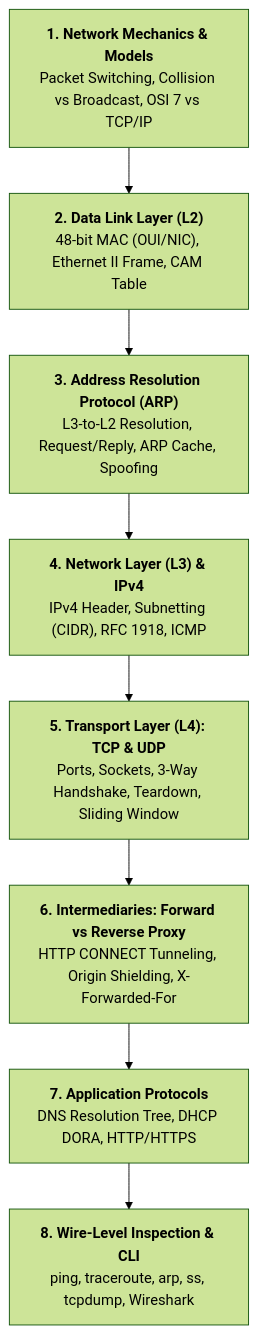
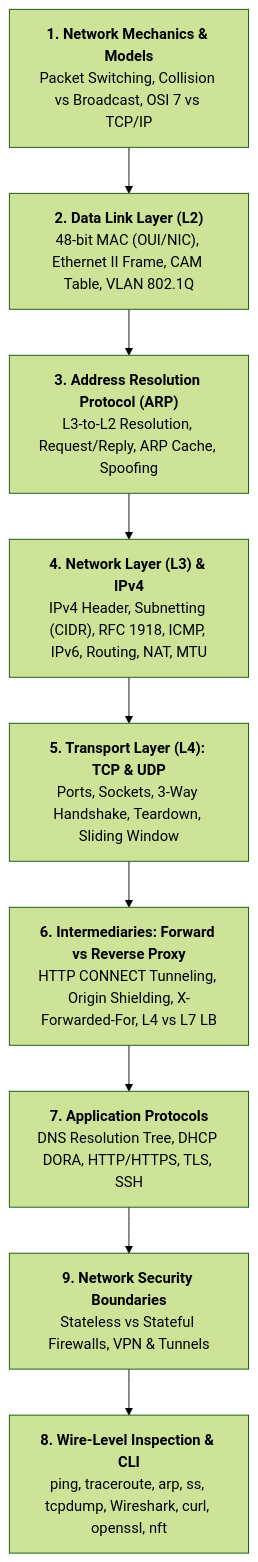
Before and after one commit to HelloMinh2122005/SelfLearn: the first of 5 diagrams in cloud_devops_basic/network/README.md, drawn with Mermaid (forest theme). The commit also changed other lines of this file and 148 other files, not shown here.

````diff
--- a/cloud_devops_basic/network/README.md
+++ b/cloud_devops_basic/network/README.md
@@ -11,10 +11,11 @@
 ```mermaid
 flowchart TD
-    M1["<b>1. Network Mechanics & Models</b><br/>Packet Switching, Collision vs Broadcast, OSI 7 vs TCP/IP"] --> M2["<b>2. Data Link Layer (L2)</b><br/>48-bit MAC (OUI/NIC), Ethernet II Frame, CAM Table"]
+    M1["<b>1. Network Mechanics & Models</b><br/>Packet Switching, Collision vs Broadcast, OSI 7 vs TCP/IP"] --> M2["<b>2. Data Link Layer (L2)</b><br/>48-bit MAC (OUI/NIC), Ethernet II Frame, CAM Table, VLAN 802.1Q"]
     M2 --> M3["<b>3. Address Resolution Protocol (ARP)</b><br/>L3-to-L2 Resolution, Request/Reply, ARP Cache, Spoofing"]
-    M3 --> M4["<b>4. Network Layer (L3) & IPv4</b><br/>IPv4 Header, Subnetting (CIDR), RFC 1918, ICMP"]
+    M3 --> M4["<b>4. Network Layer (L3) & IPv4</b><br/>IPv4 Header, Subnetting (CIDR), RFC 1918, ICMP, IPv6, Routing, NAT, MTU"]
     M4 --> M5["<b>5. Transport Layer (L4): TCP & UDP</b><br/>Ports, Sockets, 3-Way Handshake, Teardown, Sliding Window"]
-    M5 --> M6["<b>6. Intermediaries: Forward vs Reverse Proxy</b><br/>HTTP CONNECT Tunneling, Origin Shielding, X-Forwarded-For"]
-    M6 --> M7["<b>7. Application Protocols</b><br/>DNS Resolution Tree, DHCP DORA, HTTP/HTTPS"]
-    M7 --> M8["<b>8. Wire-Level Inspection & CLI</b><br/>ping, traceroute, arp, ss, tcpdump, Wireshark"]
+    M5 --> M6["<b>6. Intermediaries: Forward vs Reverse Proxy</b><br/>HTTP CONNECT Tunneling, Origin Shielding, X-Forwarded-For, L4 vs L7 LB"]
+    M6 --> M7["<b>7. Application Protocols</b><br/>DNS Resolution Tree, DHCP DORA, HTTP/HTTPS, TLS, SSH"]
+    M7 --> M9["<b>9. Network Security Boundaries</b><br/>Stateless vs Stateful Firewalls, VPN & Tunnels"]
+    M9 --> M8["<b>8. Wire-Level Inspection & CLI</b><br/>ping, traceroute, arp, ss, tcpdump, Wireshark, curl, openssl, nft"]
 ```
````
